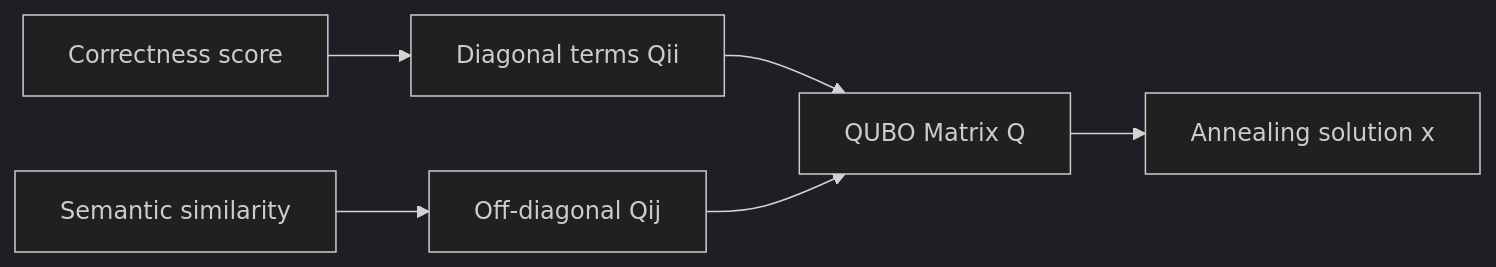
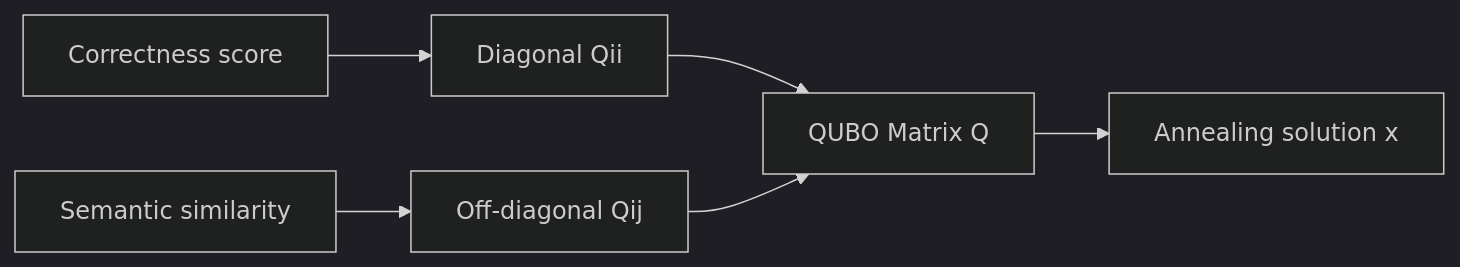
One commit to tanaymitra54/samsung_backup changed the tenth of 16 diagrams in README.md. Above: the diagram before and after it, drawn with Mermaid (dark theme). The commit also changed other lines of this file, not shown here.

````diff
--- a/README.md
+++ b/README.md
@@ -296,8 +360,8 @@
 ```mermaid
 flowchart LR
-    C[Correctness score] --> D[Diagonal terms Qii]
+    C[Correctness score] --> D[Diagonal Qii]
     S[Semantic similarity] --> O[Off-diagonal Qij]
     D --> Q[QUBO Matrix Q]
     O --> Q
     Q --> X[Annealing solution x]
 ```
````
